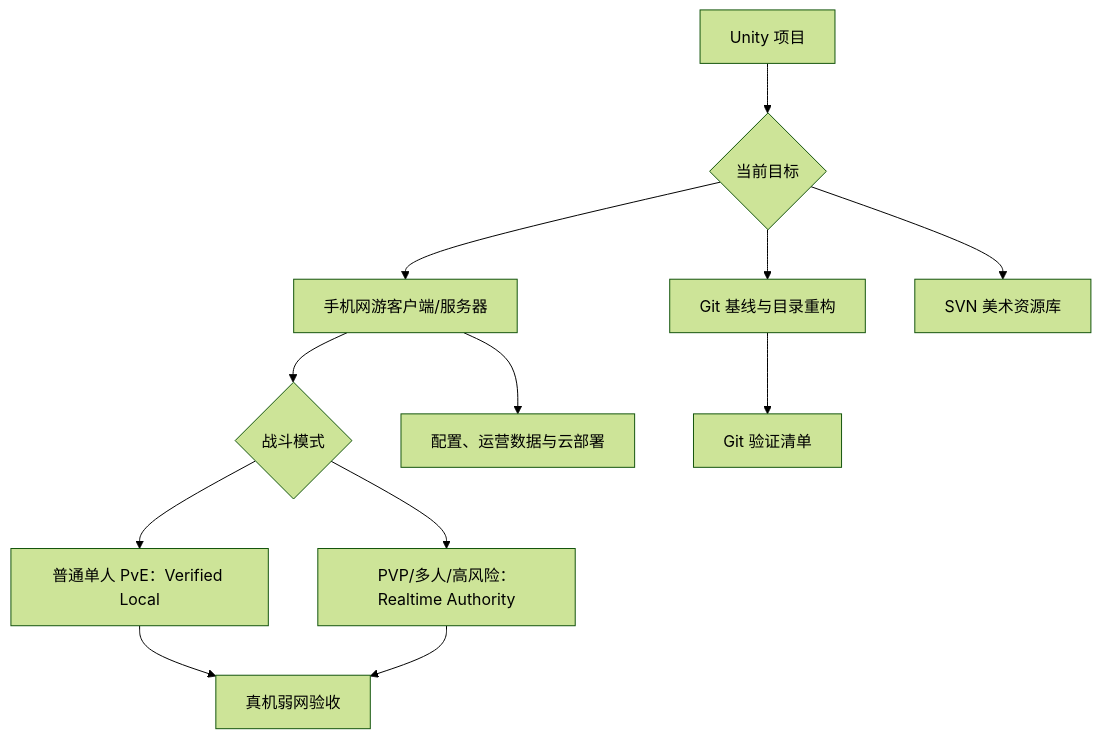
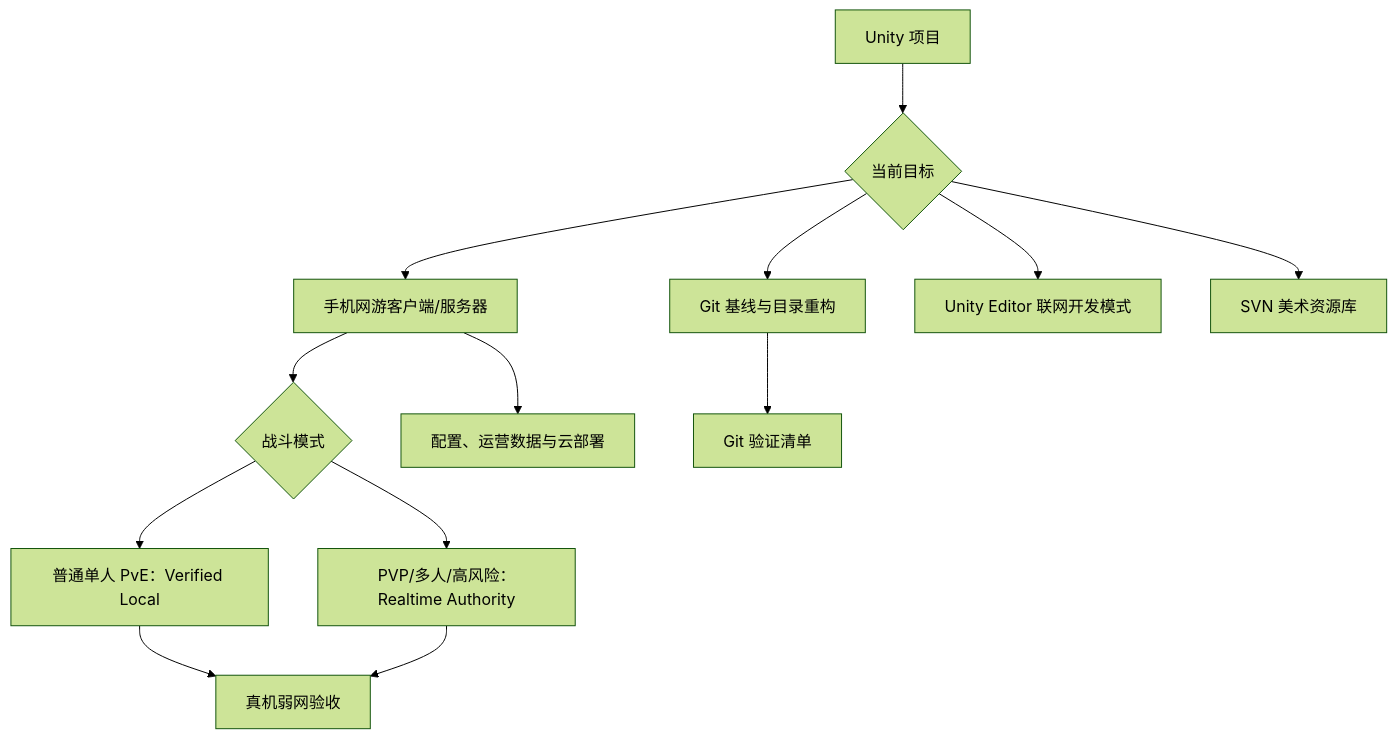
One commit to w952622941/UnityGameSkill changed the diagram in docs/index.md. Above: the diagram before and after it, drawn with Mermaid (forest theme). The commit also changed other lines of this file and 3 other files, not shown here.

Commit message:
document connected Unity Editor bootstrap

````diff
--- a/docs/index.md
+++ b/docs/index.md
@@ -7,14 +7,15 @@
 ```mermaid
 flowchart TD
   A["Unity 项目"] --> B{"当前目标"}
   B --> G["Git 基线与目录重构"]
   B --> N["手机网游客户端/服务器"]
+  B --> E["Unity Editor 联网开发模式"]
   B --> S["SVN 美术资源库"]
   N --> M{"战斗模式"}
   M --> V["普通单人 PvE：Verified Local"]
   M --> R["PVP/多人/高风险：Realtime Authority"]
   N --> D["配置、运营数据与云部署"]
   G --> GC["Git 验证清单"]
   V --> NC["真机弱网验收"]
   R --> NC
 ```
````
